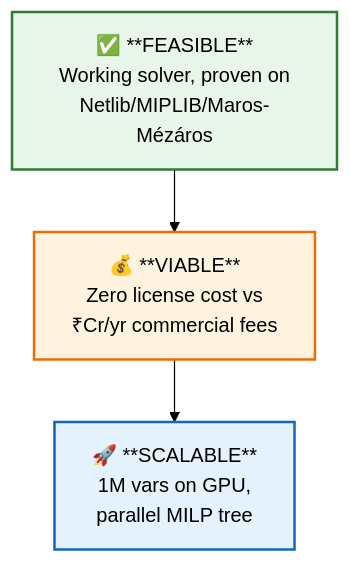
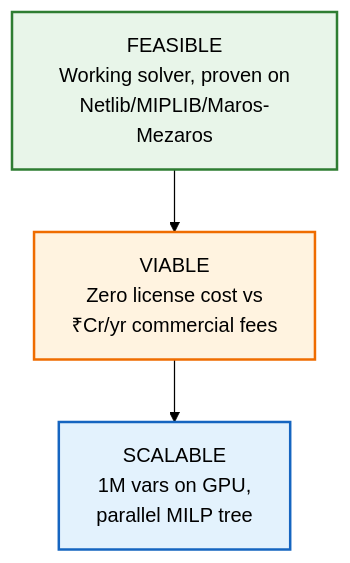
Before and after one commit to TANESHDEVHARE/Team-Suprema: the seventh of 10 diagrams in README.md, drawn with Mermaid (forest theme). The commit also changed other lines of this file, not shown here.

````diff
--- a/README.md
+++ b/README.md
@@ -866,13 +866,13 @@
 ```mermaid
 flowchart TB
-    F["✅ **FEASIBLE**\nWorking solver, proven on\nNetlib/MIPLIB/Maros-Mézáros"]
-    V["💰 **VIABLE**\nZero license cost vs\n₹Cr/yr commercial fees"]
-    S["🚀 **SCALABLE**\n1M vars on GPU,\nparallel MILP tree"]
+    F["FEASIBLE\nWorking solver, proven on\nNetlib/MIPLIB/Maros-Mezaros"]
+    V["VIABLE\nZero license cost vs\n₹Cr/yr commercial fees"]
+    S["SCALABLE\n1M vars on GPU,\nparallel MILP tree"]
     
     F --> V
     V --> S
     
     style F fill:#e8f5e9,stroke:#2e7d32,stroke-width:2px
     style V fill:#fff3e0,stroke:#ef6c00,stroke-width:2px
     style S fill:#e3f2fd,stroke:#1565c0,stroke-width:2px
 ```
````
